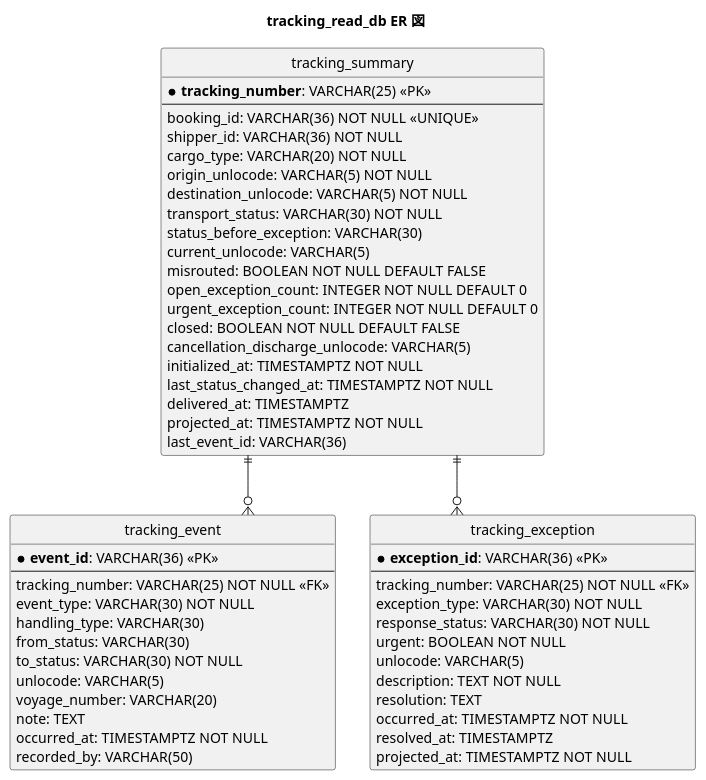
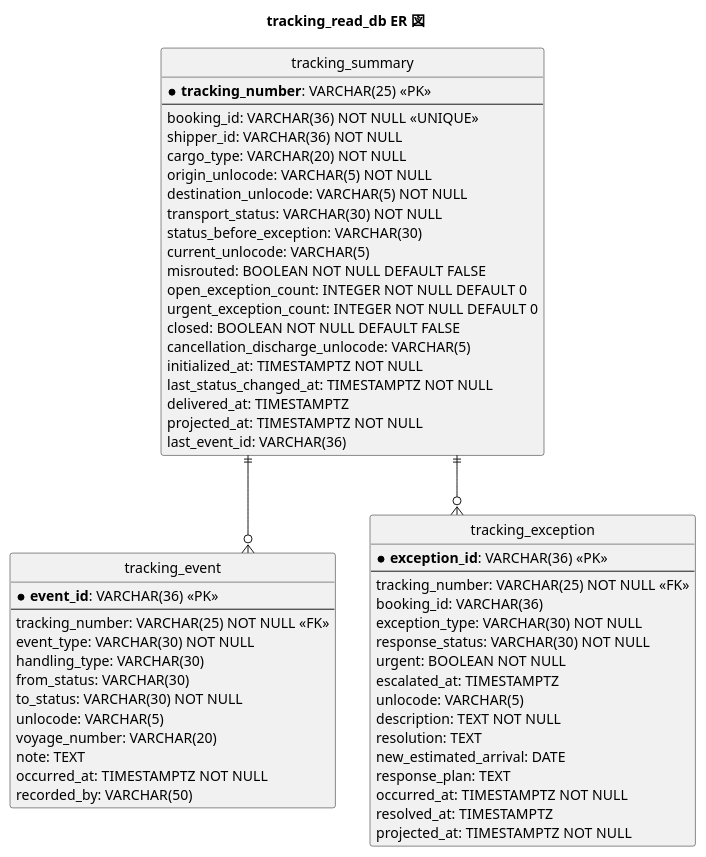
The sixth of 10 diagrams in docs/design/cargo-tracker/data-model.md (k2works/case-study-cargo-tracker), drawn with PlantUML before and after one commit. The commit also changed other lines of this file and 63 other files, not shown here.

````diff
--- a/docs/design/cargo-tracker/data-model.md
+++ b/docs/design/cargo-tracker/data-model.md
@@ -496,64 +497,68 @@
 ```plantuml
 @startuml
 title tracking_read_db ER 図
 
 hide circle
 skinparam linetype ortho
 
 entity "tracking_summary" as ts {
   * **tracking_number**: VARCHAR(25) <<PK>>
   --
   booking_id: VARCHAR(36) NOT NULL <<UNIQUE>>
   shipper_id: VARCHAR(36) NOT NULL
   cargo_type: VARCHAR(20) NOT NULL
   origin_unlocode: VARCHAR(5) NOT NULL
   destination_unlocode: VARCHAR(5) NOT NULL
   transport_status: VARCHAR(30) NOT NULL
   status_before_exception: VARCHAR(30)
   current_unlocode: VARCHAR(5)
   misrouted: BOOLEAN NOT NULL DEFAULT FALSE
   open_exception_count: INTEGER NOT NULL DEFAULT 0
   urgent_exception_count: INTEGER NOT NULL DEFAULT 0
   closed: BOOLEAN NOT NULL DEFAULT FALSE
   cancellation_discharge_unlocode: VARCHAR(5)
   initialized_at: TIMESTAMPTZ NOT NULL
   last_status_changed_at: TIMESTAMPTZ NOT NULL
   delivered_at: TIMESTAMPTZ
   projected_at: TIMESTAMPTZ NOT NULL
   last_event_id: VARCHAR(36)
 }
 
 entity "tracking_event" as te {
   * **event_id**: VARCHAR(36) <<PK>>
   --
   tracking_number: VARCHAR(25) NOT NULL <<FK>>
   event_type: VARCHAR(30) NOT NULL
   handling_type: VARCHAR(30)
   from_status: VARCHAR(30)
   to_status: VARCHAR(30) NOT NULL
   unlocode: VARCHAR(5)
   voyage_number: VARCHAR(20)
   note: TEXT
   occurred_at: TIMESTAMPTZ NOT NULL
   recorded_by: VARCHAR(50)
 }
 
 entity "tracking_exception" as tx {
   * **exception_id**: VARCHAR(36) <<PK>>
   --
   tracking_number: VARCHAR(25) NOT NULL <<FK>>
+  booking_id: VARCHAR(36)
   exception_type: VARCHAR(30) NOT NULL
   response_status: VARCHAR(30) NOT NULL
   urgent: BOOLEAN NOT NULL
+  escalated_at: TIMESTAMPTZ
   unlocode: VARCHAR(5)
   description: TEXT NOT NULL
   resolution: TEXT
+  new_estimated_arrival: DATE
+  response_plan: TEXT
   occurred_at: TIMESTAMPTZ NOT NULL
   resolved_at: TIMESTAMPTZ
   projected_at: TIMESTAMPTZ NOT NULL
 }
 
 ts ||--o{ te
 ts ||--o{ tx
 @enduml
 ```
````
